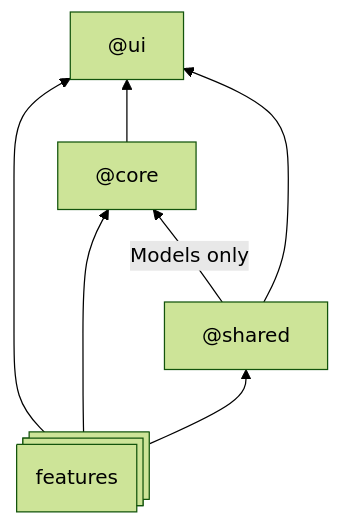
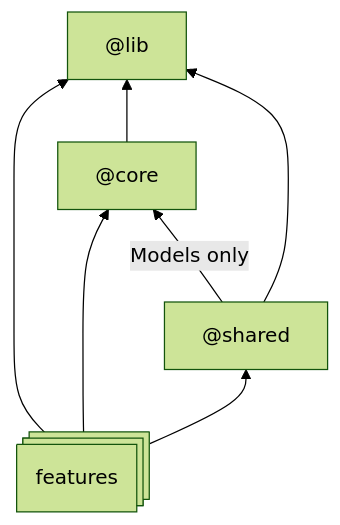
The diagram in README.md (Nanges/ng-playground), drawn with Mermaid (forest theme) before and after one commit. The commit also changed other lines of this file, not shown here.

````diff
--- a/README.md
+++ b/README.md
@@ -7,13 +7,13 @@
 ```mermaid
 flowchart BT
-    ui["@ui"]
+    lib["@lib"]
     core["@core"]
     shared["@shared"]
     feature@{ shape: procs, label: "features"}
-    feature --> ui
+    feature --> lib
     feature --> core
     feature --> shared
-    core --> ui
-    shared --> ui
+    core --> lib
+    shared --> lib
     shared -- Models only --> core
 ```
````
